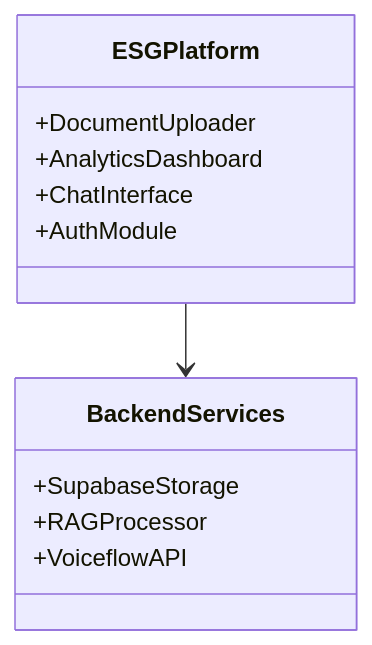
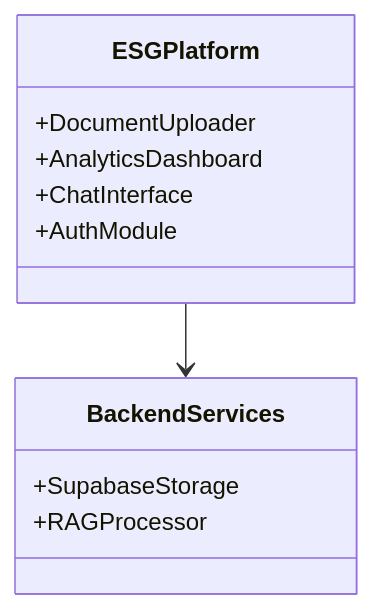
Before and after one commit to VenkateshShivandi/ESG_Reporting: the first of 8 diagrams in documentation/frontend_guide.md, drawn with Mermaid. The commit also changed other lines of this file and 6 other files, not shown here.

````diff
--- a/documentation/frontend_guide.md
+++ b/documentation/frontend_guide.md
@@ -8,16 +8,15 @@
 ```mermaid
 classDiagram
   class ESGPlatform {
     +DocumentUploader
     +AnalyticsDashboard
     +ChatInterface
     +AuthModule
   }
   class BackendServices {
     +SupabaseStorage
     +RAGProcessor
-    +VoiceflowAPI
   }
   ESGPlatform --> BackendServices
 
 ```
````
